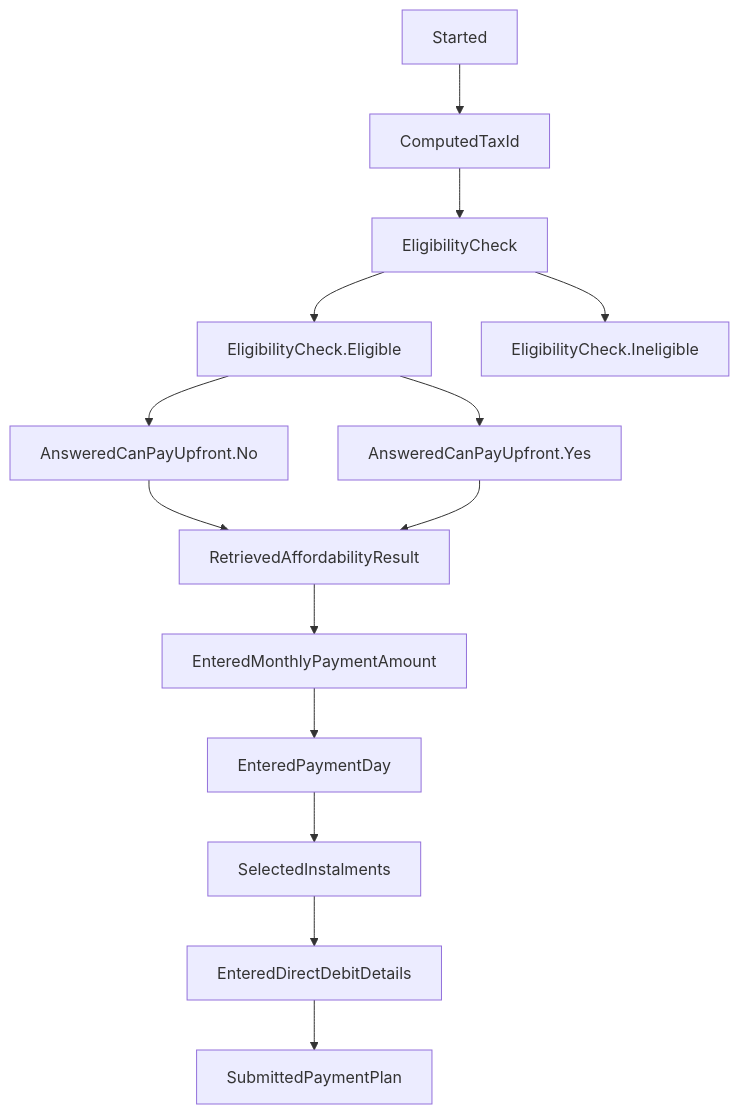
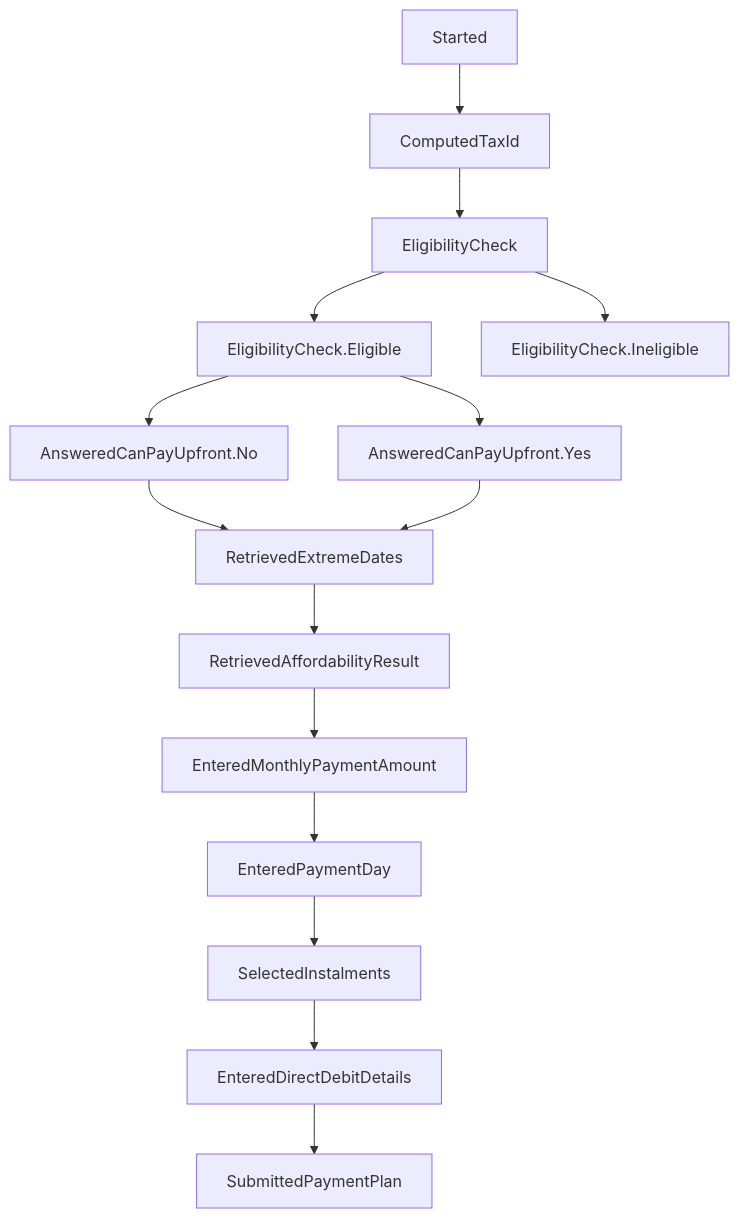
One commit to hmrc/essttp-backend changed the diagram in README.md. Above: the diagram before and after it, drawn with Mermaid. The commit also changed 28 other files, not shown here.

First line of the commit message:
[JB][SUPP-312] add in extra stages required for extreme dates (#29)

````diff
--- a/README.md
+++ b/README.md
@@ -16,16 +16,17 @@
 ```mermaid
 graph TD;
     Started --> ComputedTaxId;
     ComputedTaxId --> EligibilityCheck;
     EligibilityCheck --> EligibilityCheck.Eligible;
     EligibilityCheck --> EligibilityCheck.Ineligible;
     EligibilityCheck.Eligible --> AnsweredCanPayUpfront.Yes;
     EligibilityCheck.Eligible --> AnsweredCanPayUpfront.No;
-    AnsweredCanPayUpfront.No --> RetrievedAffordabilityResult;
-    AnsweredCanPayUpfront.Yes --> RetrievedAffordabilityResult;
+    AnsweredCanPayUpfront.No --> RetrievedExtremeDates;
+    AnsweredCanPayUpfront.Yes --> RetrievedExtremeDates;
+    RetrievedExtremeDates --> RetrievedAffordabilityResult;
     RetrievedAffordabilityResult --> EnteredMonthlyPaymentAmount;
     EnteredMonthlyPaymentAmount --> EnteredPaymentDay;
     EnteredPaymentDay --> SelectedInstalments;
     SelectedInstalments --> EnteredDirectDebitDetails;
     EnteredDirectDebitDetails --> SubmittedPaymentPlan;
 ```
````
